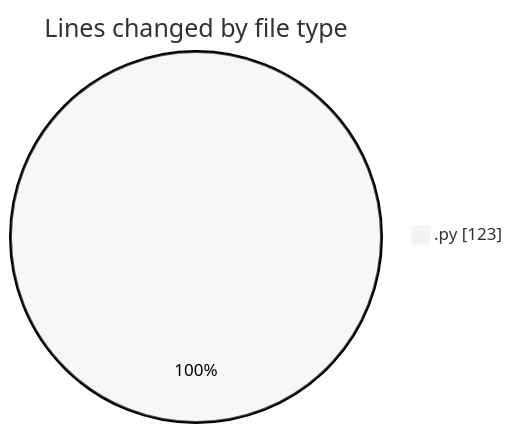
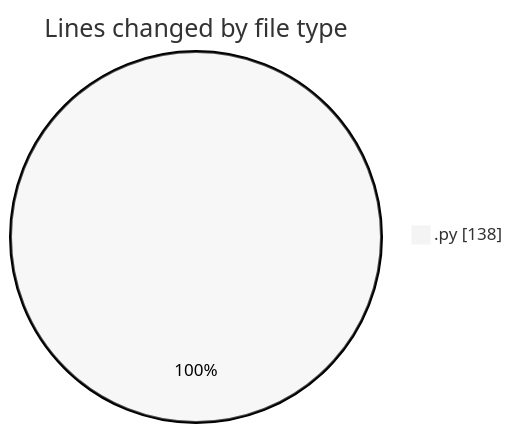
The first of 2 diagrams in 2025-02-26/myws__workspace_/README.md (MatusMokan/code-tracking), drawn with Mermaid (neutral theme) before and after one commit. The commit also changed other lines of this file and 1 other file, not shown here.

````diff
--- a/2025-02-26/myws__workspace_/README.md
+++ b/2025-02-26/myws__workspace_/README.md
@@ -20,5 +20,5 @@
 ```mermaid
 pie showData
 title Lines changed by file type
-".py" : 123
+".py" : 138
 ```
````
